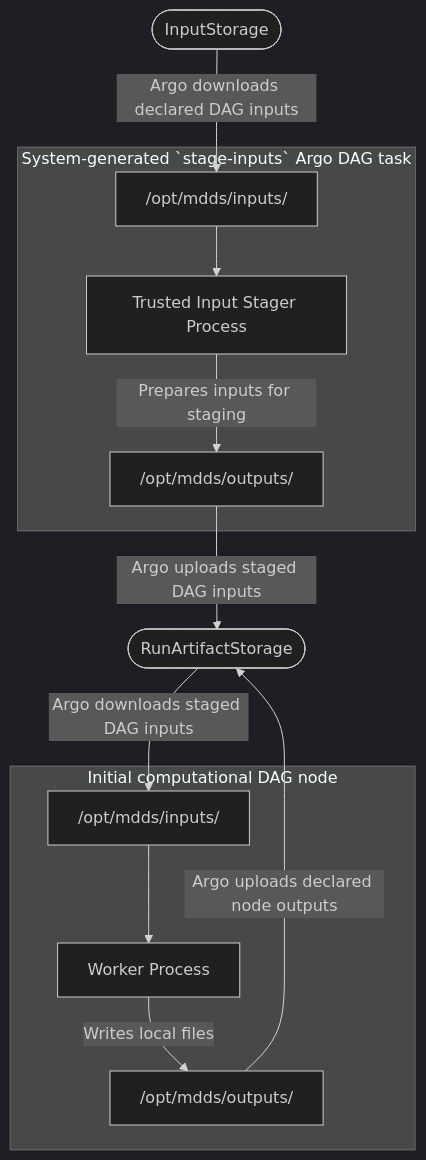
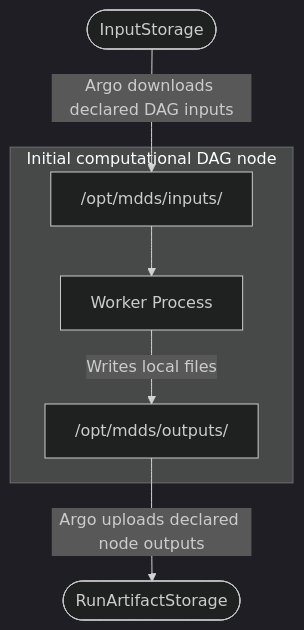
Before and after one commit to oleksiy-sayankin/mdds: the third of 7 diagrams in mdds-docs/ARCHITECTURE.md, drawn with Mermaid (dark theme). The commit also changed other lines of this file, not shown here.

First line of the commit message:
MDDS-513 Delegate artifact transfers to Argo init and wait containers

````diff
--- a/mdds-docs/ARCHITECTURE.md
+++ b/mdds-docs/ARCHITECTURE.md
@@ -984,28 +967,17 @@
 ```mermaid
 flowchart TD
     INPUT_STORAGE(["InputStorage"])
     RUN_STORAGE(["RunArtifactStorage"])
-
-    subgraph STAGE_INPUTS["System-generated `stage-inputs` Argo DAG task"]
-        STAGER_INPUTS["/opt/mdds/inputs/"]
-        STAGER["Trusted Input Stager Process"]
-        STAGER_OUTPUTS["/opt/mdds/outputs/"]
-
-        STAGER_INPUTS --> STAGER
-        STAGER -->|"Prepares inputs for staging"| STAGER_OUTPUTS
-    end
 
     subgraph INITIAL_NODE["Initial computational DAG node"]
         INPUTS["/opt/mdds/inputs/"]
         WORKER["Worker Process"]
         OUTPUTS["/opt/mdds/outputs/"]
 
         INPUTS --> WORKER
         WORKER -->|"Writes local files"| OUTPUTS
     end
 
-    INPUT_STORAGE -->|"Argo downloads declared DAG inputs"| STAGER_INPUTS
-    STAGER_OUTPUTS -->|"Argo uploads staged DAG inputs"| RUN_STORAGE
-    RUN_STORAGE -->|"Argo downloads staged DAG inputs"| INPUTS
+    INPUT_STORAGE -->|"Argo downloads declared DAG inputs"| INPUTS
     OUTPUTS -->|"Argo uploads declared node outputs"| RUN_STORAGE
 ```
````
